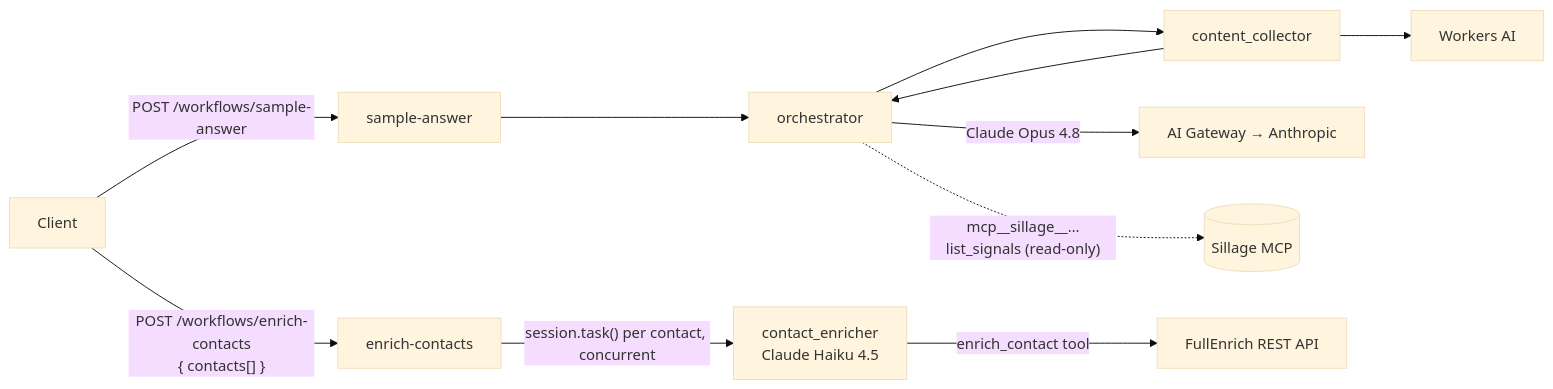
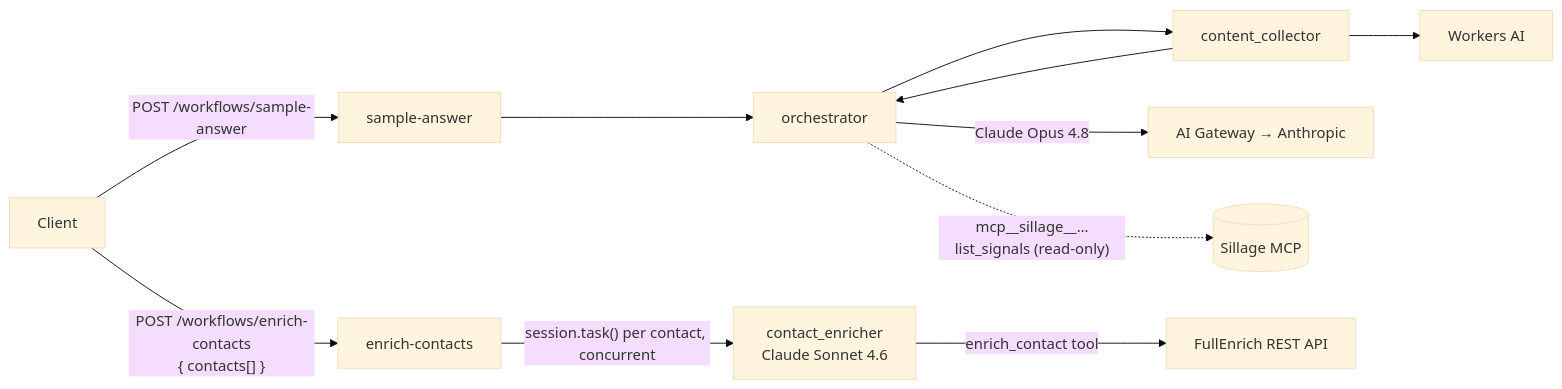
Before and after one commit to louisbrulenaudet/agentic-gtm-hackathon-monorepo: the second of 2 diagrams in apps/worker-agent/AGENTS.md, drawn with Mermaid (base theme). The commit also changed other lines of this file and 39 other files, not shown here.

First line of the commit message:
feat(front-app): enhance flow graph functionality and testing

````diff
--- a/apps/worker-agent/AGENTS.md
+++ b/apps/worker-agent/AGENTS.md
@@ -115,14 +121,14 @@
 ```mermaid
 flowchart LR
   Client -->|POST /workflows/sample-answer| Wf[sample-answer]
   Wf --> Orch[orchestrator]
   Orch --> Collector[content_collector]
   Collector --> Orch
   Orch -->|"Claude Opus 4.8"| AIG[AI Gateway → Anthropic]
   Collector --> AI[Workers AI]
   Orch -.->|"mcp__sillage__…list_signals (read-only)"| Sillage[(Sillage MCP)]
 
   Client -->|"POST /workflows/enrich-contacts<br/>{ contacts[] }"| WfEnrich[enrich-contacts]
-  WfEnrich -->|"session.task() per contact, concurrent"| Enricher[contact_enricher<br/>Claude Haiku 4.5]
+  WfEnrich -->|"session.task() per contact, concurrent"| Enricher[contact_enricher<br/>Claude Sonnet 4.6]
   Enricher -->|enrich_contact tool| FE[FullEnrich REST API]
 ```
````
